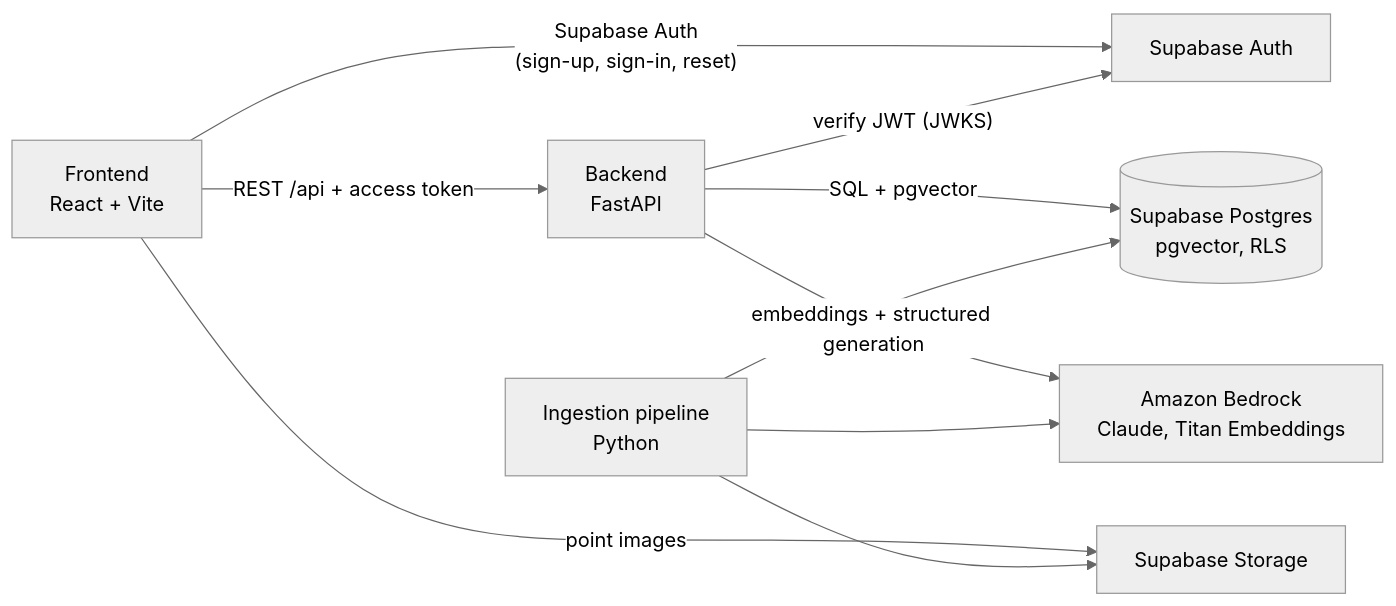
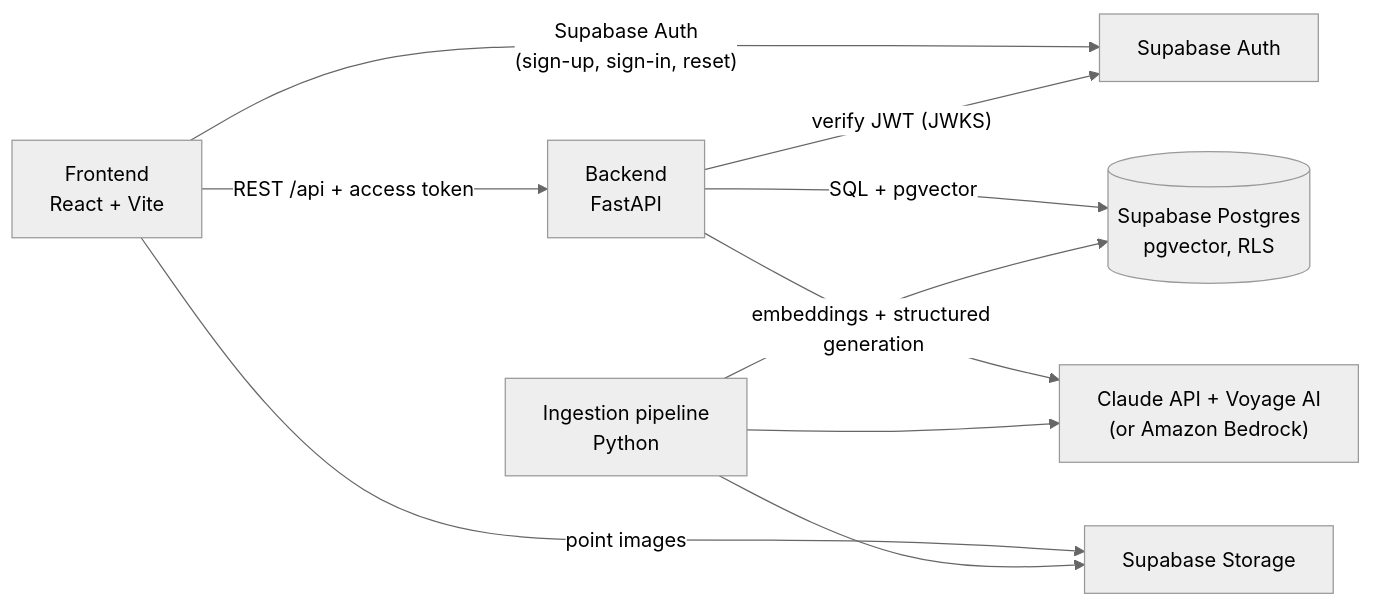
One commit to TOmelchenko/AcupuncturePoints changed the diagram in README.md. Above: the diagram before and after it, drawn with Mermaid (neutral theme). The commit also changed other lines of this file and 8 other files, not shown here.

First line of the commit message:
Add Anthropic API + Voyage AI provider and use it for deployment (#32)

````diff
--- a/README.md
+++ b/README.md
@@ -20,12 +20,12 @@
 ```mermaid
 flowchart LR
   Browser["Frontend<br/>React + Vite"] -- "Supabase Auth<br/>(sign-up, sign-in, reset)" --> Auth["Supabase Auth"]
   Browser -- "REST /api + access token" --> API["Backend<br/>FastAPI"]
   API -- "verify JWT (JWKS)" --> Auth
   API -- "SQL + pgvector" --> DB[("Supabase Postgres<br/>pgvector, RLS")]
-  API -- "embeddings + structured generation" --> Bedrock["Amazon Bedrock<br/>Claude, Titan Embeddings"]
+  API -- "embeddings + structured generation" --> Bedrock["Claude API + Voyage AI<br/>(or Amazon Bedrock)"]
   Browser -- "point images" --> Storage["Supabase Storage"]
   Ingest["Ingestion pipeline<br/>Python"] --> DB
   Ingest --> Storage
   Ingest --> Bedrock
 ```
````
